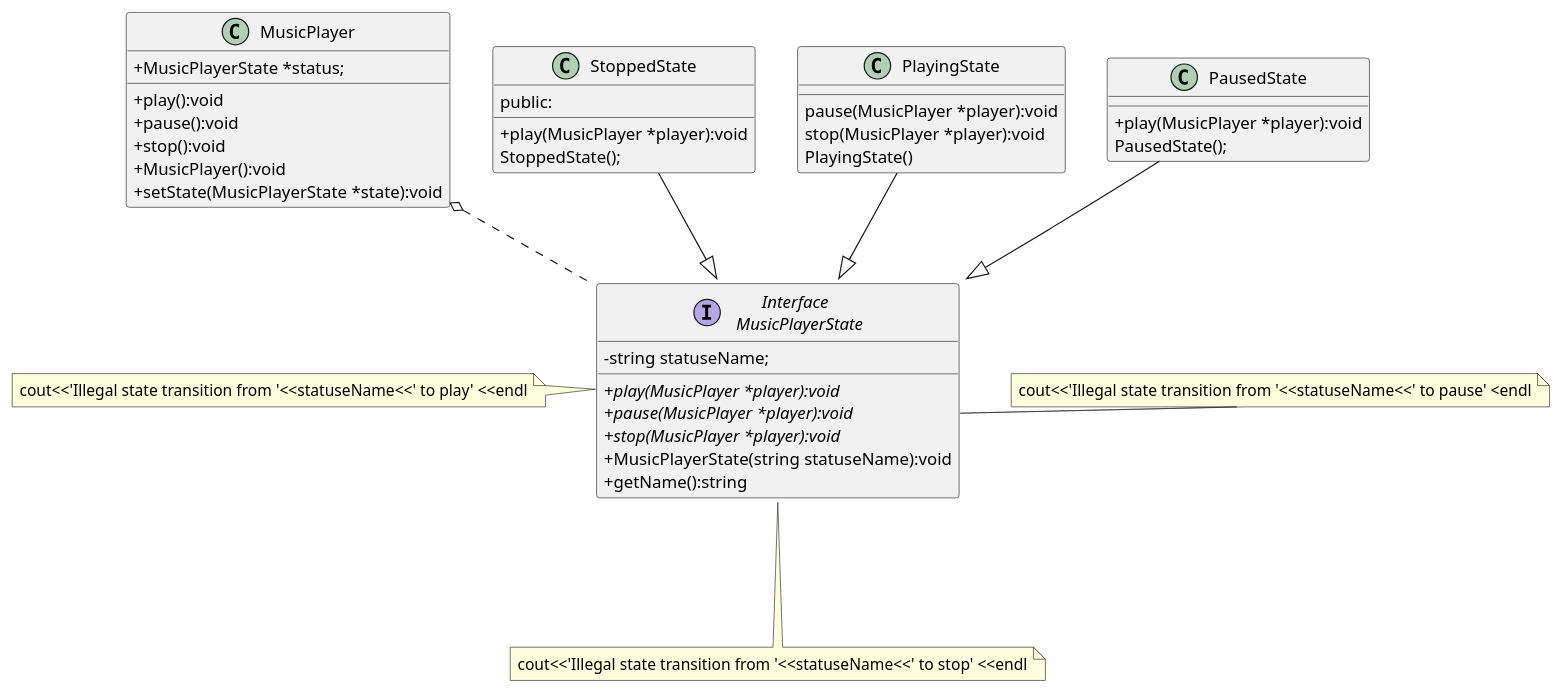
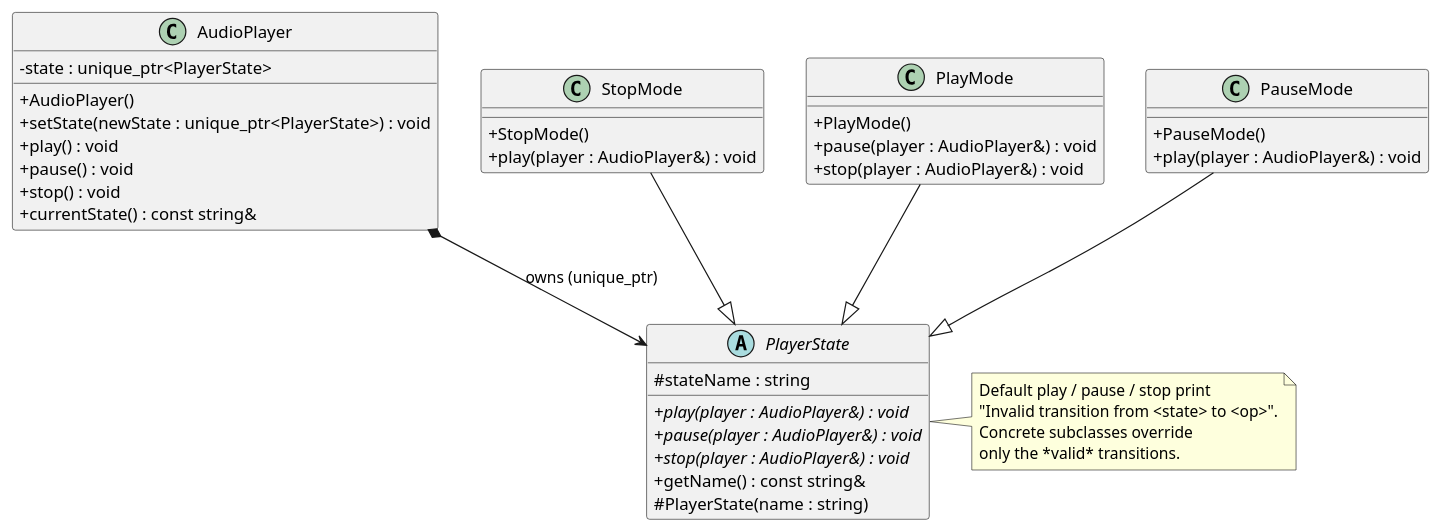
The diagram in docs/DesignPatern/Behavioral/diagrams/music_player_state.puml (behnamasadi/software_engineering), drawn with PlantUML before and after one commit. The commit also changed 36 other files, not shown here.

```diff
--- a/docs/DesignPatern/Behavioral/diagrams/music_player_state.puml
+++ b/docs/DesignPatern/Behavioral/diagrams/music_player_state.puml
@@ -1,60 +1,51 @@
 @startuml
 skinparam classAttributeIconSize 0
 
-interface "Interface \n MusicPlayerState" as MusicPlayerState{
-   -string statuseName;
-   +{abstract}play(MusicPlayer *player):void
-   +{abstract}pause(MusicPlayer *player):void
-   +{abstract}stop(MusicPlayer *player):void
-   +MusicPlayerState(string statuseName):void
-   +getName():string
+abstract class PlayerState {
+    # stateName : string
+    + {abstract} play(player : AudioPlayer&) : void
+    + {abstract} pause(player : AudioPlayer&) : void
+    + {abstract} stop(player : AudioPlayer&) : void
+    + getName() : const string&
+    # PlayerState(name : string)
 }
 
-class MusicPlayer{
-    +MusicPlayerState *status;
-    +play():void
-    +pause():void
-    +stop():void
-    +MusicPlayer():void
-    +setState(MusicPlayerState *state):void
+note right of PlayerState
+  Default play / pause / stop print
+  "Invalid transition from <state> to <op>".
+  Concrete subclasses override
+  only the *valid* transitions.
+end note
+
+class AudioPlayer {
+    - state : unique_ptr<PlayerState>
+    + AudioPlayer()
+    + setState(newState : unique_ptr<PlayerState>) : void
+    + play() : void
+    + pause() : void
+    + stop() : void
+    + currentState() : const string&
 }
 
-
-class StoppedState{
-public:
-    +play(MusicPlayer *player):void 
-    StoppedState();
+class StopMode {
+    + StopMode()
+    + play(player : AudioPlayer&) : void
 }
 
- 
-class PlayingState{
-    pause(MusicPlayer *player):void
-    stop(MusicPlayer *player):void
-    PlayingState()
+class PlayMode {
+    + PlayMode()
+    + pause(player : AudioPlayer&) : void
+    + stop(player : AudioPlayer&) : void
 }
 
-
-class PausedState{
-    + play(MusicPlayer *player):void
-    PausedState();
+class PauseMode {
+    + PauseMode()
+    + play(player : AudioPlayer&) : void
 }
 
-StoppedState --|>  MusicPlayerState
-PlayingState --|> MusicPlayerState
-PausedState --|>  MusicPlayerState
+StopMode  --|> PlayerState
+PlayMode  --|> PlayerState
+PauseMode --|> PlayerState
 
-note "cout<<'Illegal state transition from '<<statuseName<<' to play' <<endl" as MusicPlayerStatePlay
-
-
-note "cout<<'Illegal state transition from '<<statuseName<<' to pause' <endl" as MusicPlayerStatePause
-
-note "cout<<'Illegal state transition from '<<statuseName<<' to stop' <<endl" as MusicPlayerStateStop
-
-
-
-MusicPlayerStatePause -left.. MusicPlayerState::pause
-MusicPlayerState::play -left.. MusicPlayerStatePlay
-MusicPlayerStateStop -up.. MusicPlayerState::stop
-
-MusicPlayer o..MusicPlayerState
+AudioPlayer *--> PlayerState : owns (unique_ptr)
 @enduml
```
